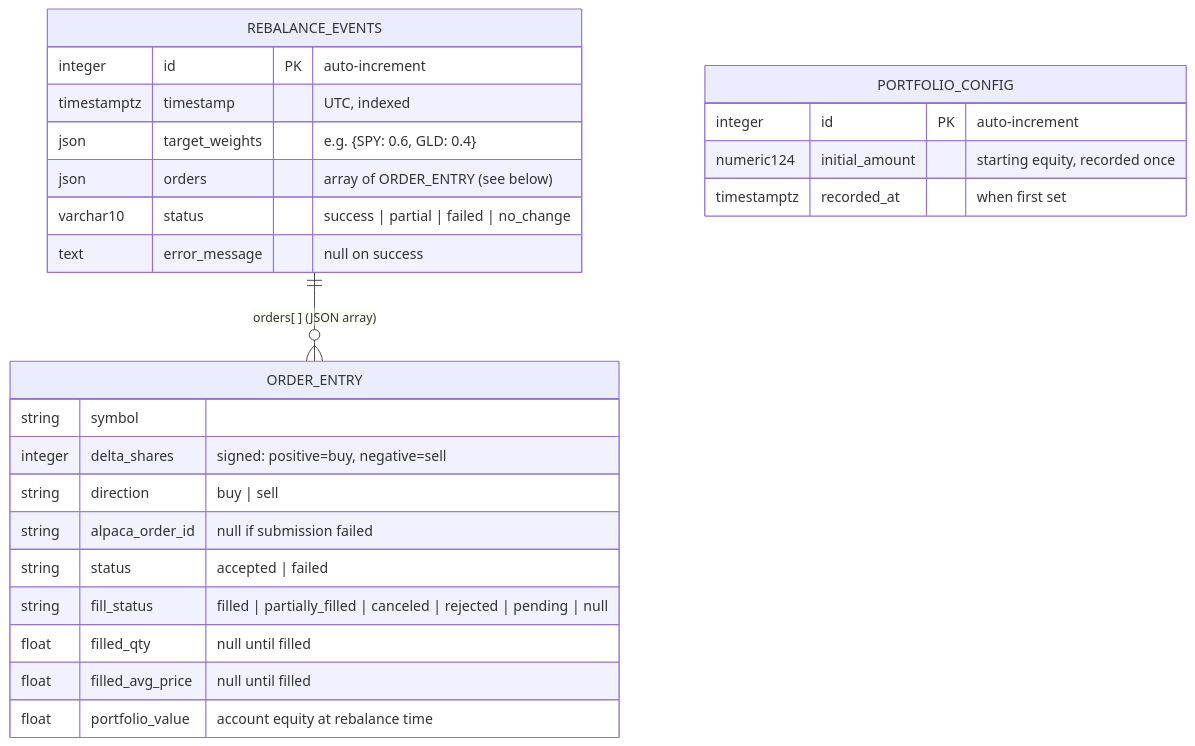
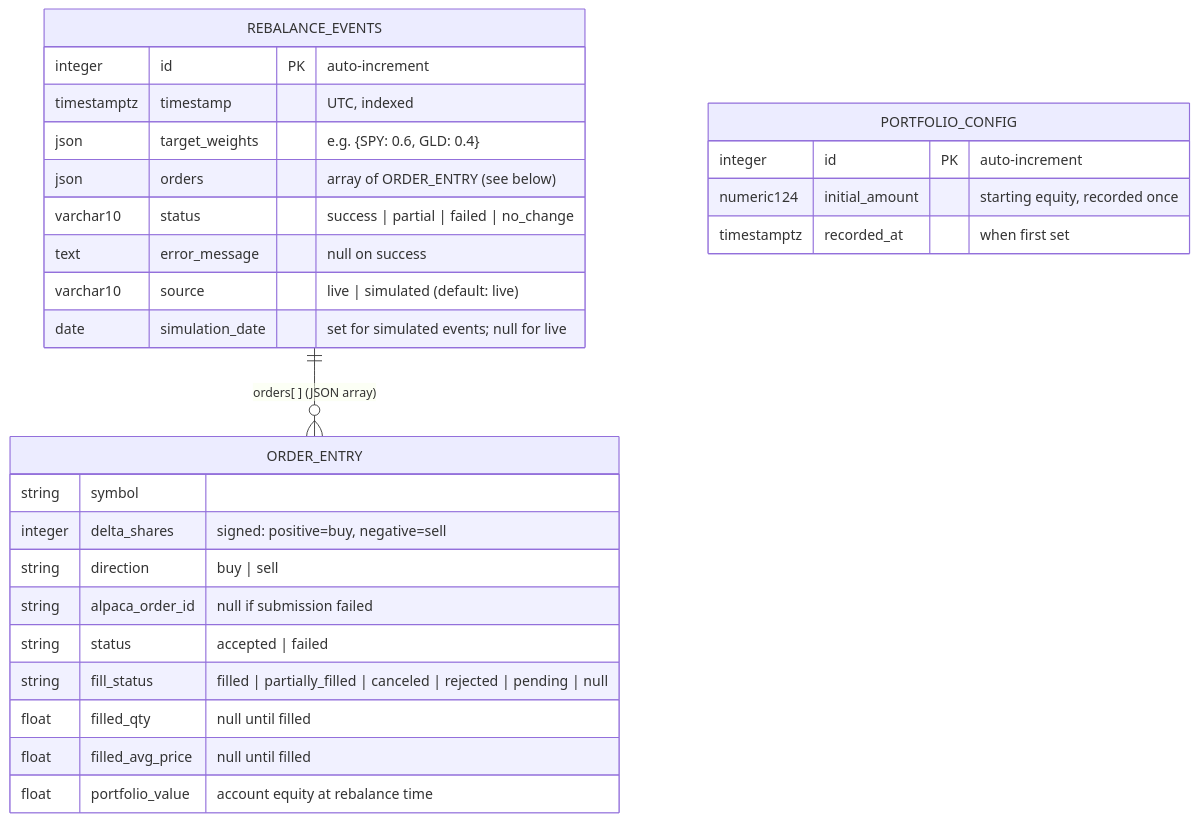
Before and after one commit to TradeInsight-Info/TiPortfolio-TradingBot: the diagram in docs/erd.md, drawn with Mermaid. The commit also changed 8 other files, not shown here.

````diff
--- a/docs/erd.md
+++ b/docs/erd.md
@@ -3,31 +3,33 @@
 ```mermaid
 erDiagram
     REBALANCE_EVENTS {
         integer     id                PK  "auto-increment"
         timestamptz timestamp             "UTC, indexed"
         json        target_weights        "e.g. {SPY: 0.6, GLD: 0.4}"
         json        orders                "array of ORDER_ENTRY (see below)"
         varchar10   status                "success | partial | failed | no_change"
         text        error_message         "null on success"
+        varchar10   source                "live | simulated (default: live)"
+        date        simulation_date       "set for simulated events; null for live"
     }
 
     ORDER_ENTRY {
         string      symbol
         integer     delta_shares          "signed: positive=buy, negative=sell"
         string      direction             "buy | sell"
         string      alpaca_order_id       "null if submission failed"
         string      status                "accepted | failed"
         string      fill_status           "filled | partially_filled | canceled | rejected | pending | null"
         float       filled_qty            "null until filled"
         float       filled_avg_price      "null until filled"
         float       portfolio_value       "account equity at rebalance time"
     }
 
     PORTFOLIO_CONFIG {
         integer     id                PK  "auto-increment"
         numeric124  initial_amount        "starting equity, recorded once"
         timestamptz recorded_at           "when first set"
     }
 
     REBALANCE_EVENTS ||--o{ ORDER_ENTRY : "orders[ ] (JSON array)"
 ```
````
